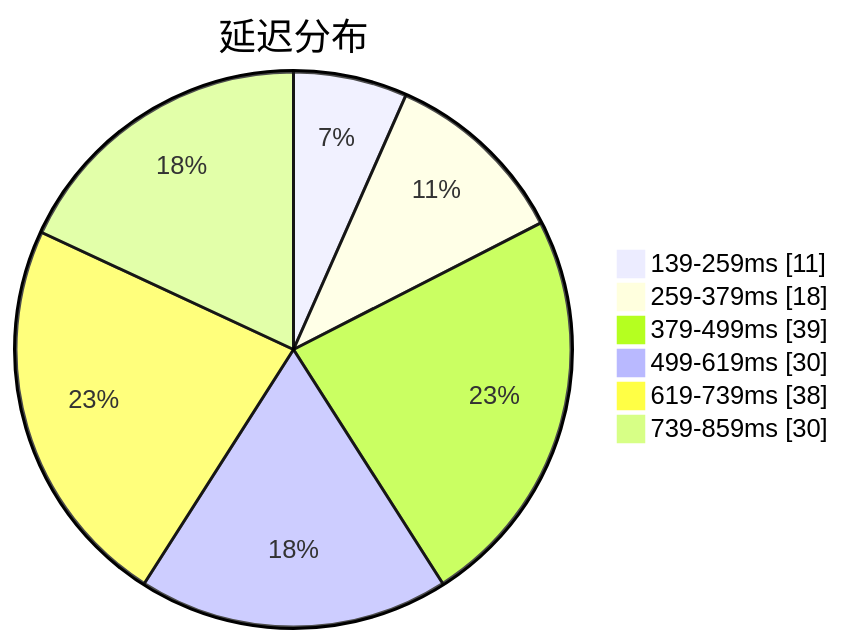
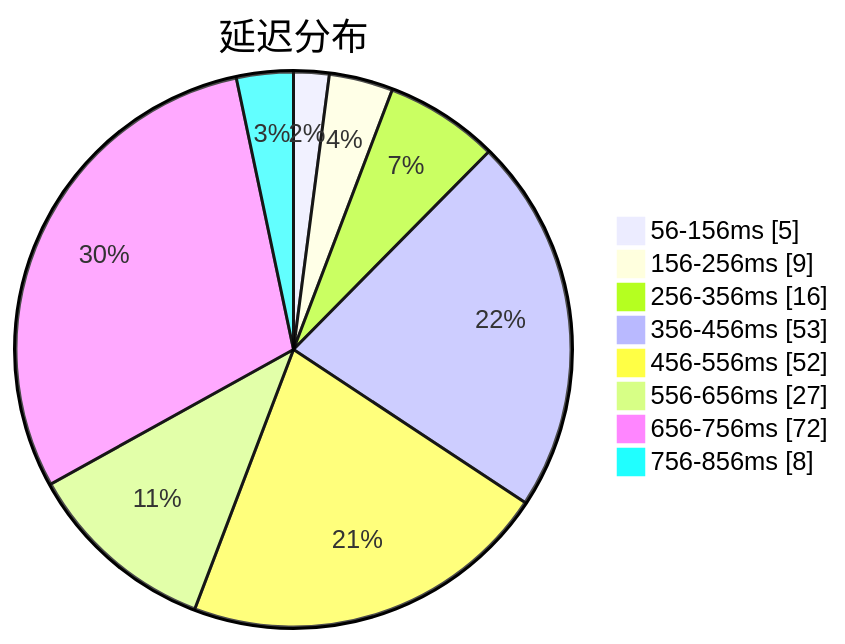
One commit to sinspired/airport changed the first of 3 diagrams in subs/statistics/tested_within.md. Above: the diagram before and after it, drawn with Mermaid. The commit also changed other lines of this file and 2 other files, not shown here.

````diff
--- a/subs/statistics/tested_within.md
+++ b/subs/statistics/tested_within.md
@@ -2,10 +2,12 @@
 ```mermaid
 pie showData
 title 延迟分布
-"139-259ms" : 11
-"259-379ms" : 18
-"379-499ms" : 39
-"499-619ms" : 30
-"619-739ms" : 38
-"739-859ms" : 30
+"56-156ms" : 5
+"156-256ms" : 9
+"256-356ms" : 16
+"356-456ms" : 53
+"456-556ms" : 52
+"556-656ms" : 27
+"656-756ms" : 72
+"756-856ms" : 8
 ```
````
